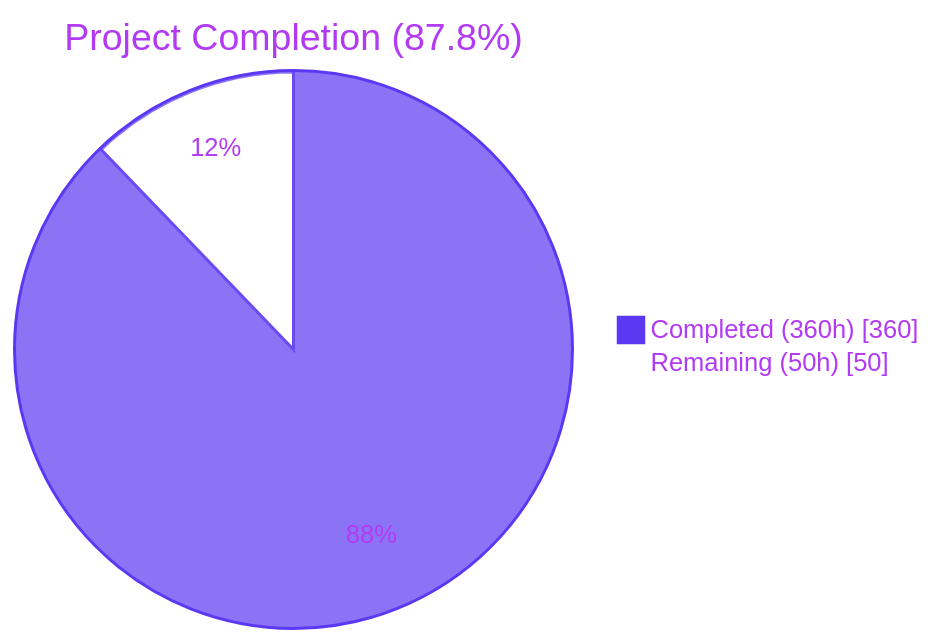
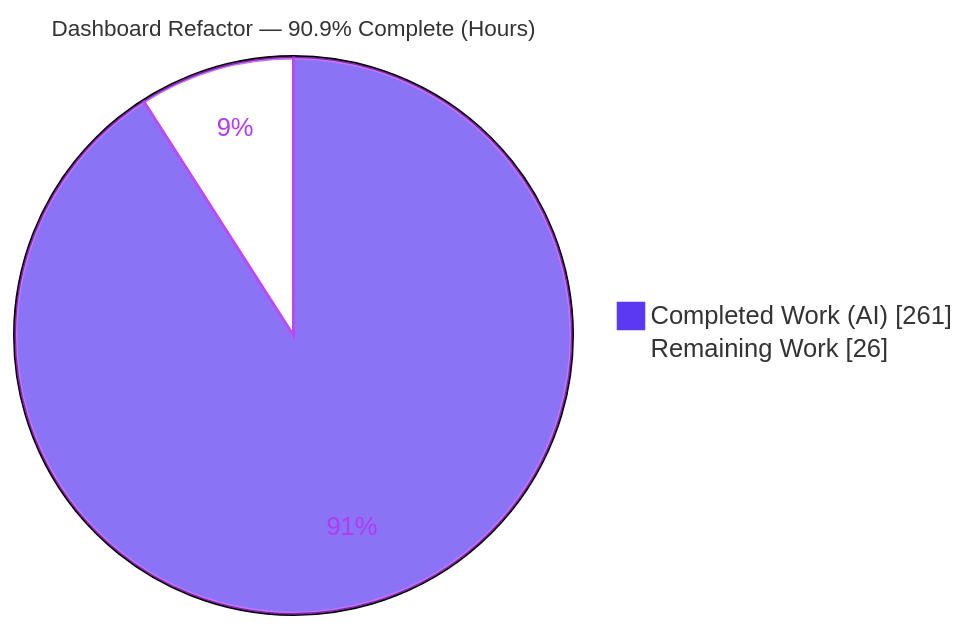
The first of 3 diagrams in blitzy/documentation/Project Guide.md (Blitzy-Sandbox/blitzy-ghostfolio), drawn with Mermaid before and after one commit. The commit also changed other lines of this file, not shown here.

Commit message:
Adding Blitzy Project Guide: Project Status and Human Tasks Remaining

````diff
--- a/blitzy/documentation/Project Guide.md
+++ b/blitzy/documentation/Project Guide.md
@@ -15,6 +19,6 @@
 ```mermaid
-%%{init: {'theme':'base', 'themeVariables': { 'pie1':'#5B39F3', 'pie2':'#FFFFFF', 'pieStrokeColor':'#5B39F3', 'pieOuterStrokeColor':'#5B39F3', 'pieTitleTextColor':'#B23AF2', 'pieSectionTextColor':'#B23AF2', 'pieLegendTextColor':'#B23AF2'}}}%%
-pie showData title Project Completion (87.8%)
-    "Completed (360h)" : 360
-    "Remaining (50h)" : 50
+%%{init: {"theme":"base","themeVariables":{"pie1":"#5B39F3","pie2":"#FFFFFF","pieStrokeColor":"#B23AF2","pieStrokeWidth":"2px","pieOuterStrokeWidth":"2px","pieSectionTextColor":"#B23AF2","pieTitleTextSize":"15px"}}}%%
+pie showData title Dashboard Refactor — 90.9% Complete (Hours)
+    "Completed Work (AI)" : 261
+    "Remaining Work" : 26
 ```
````
